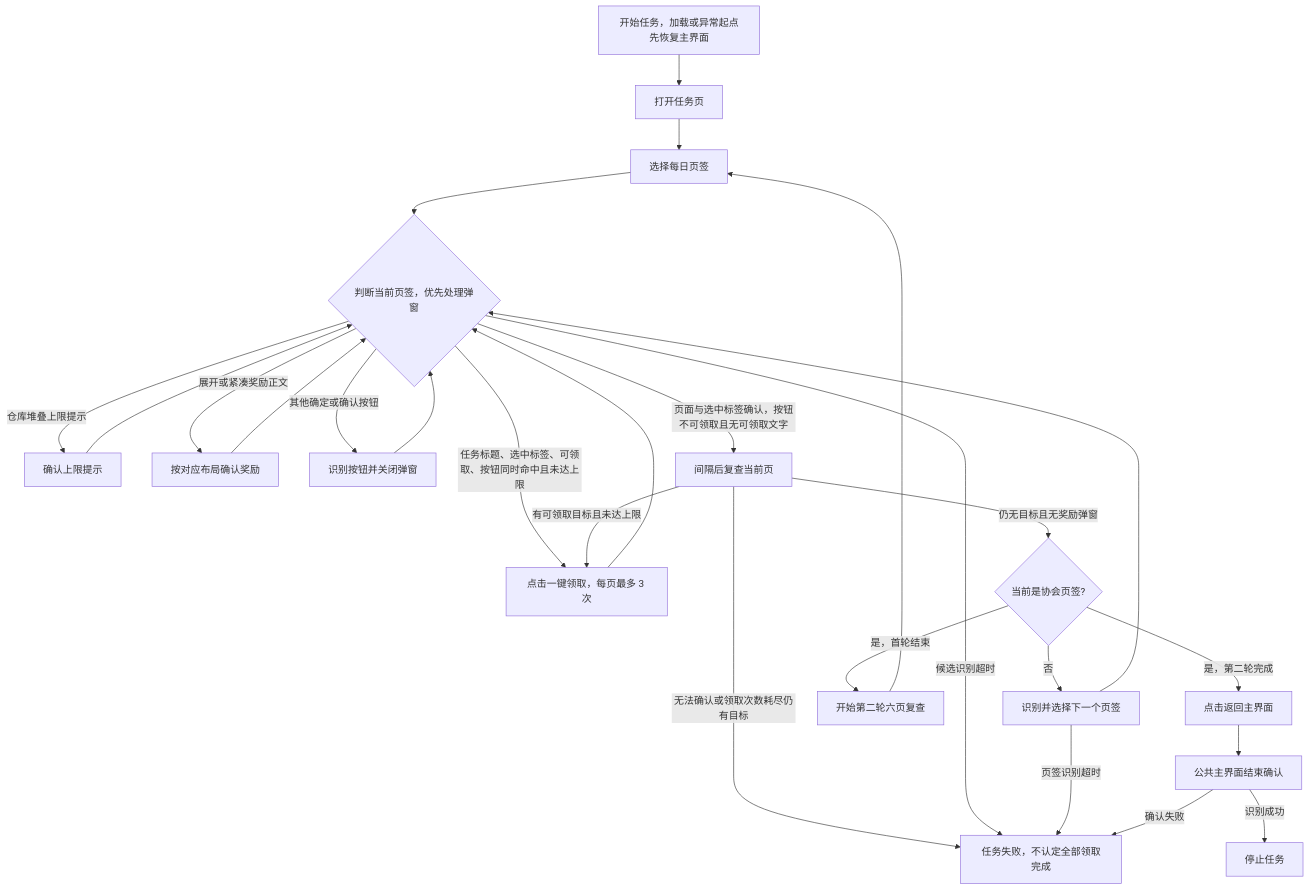
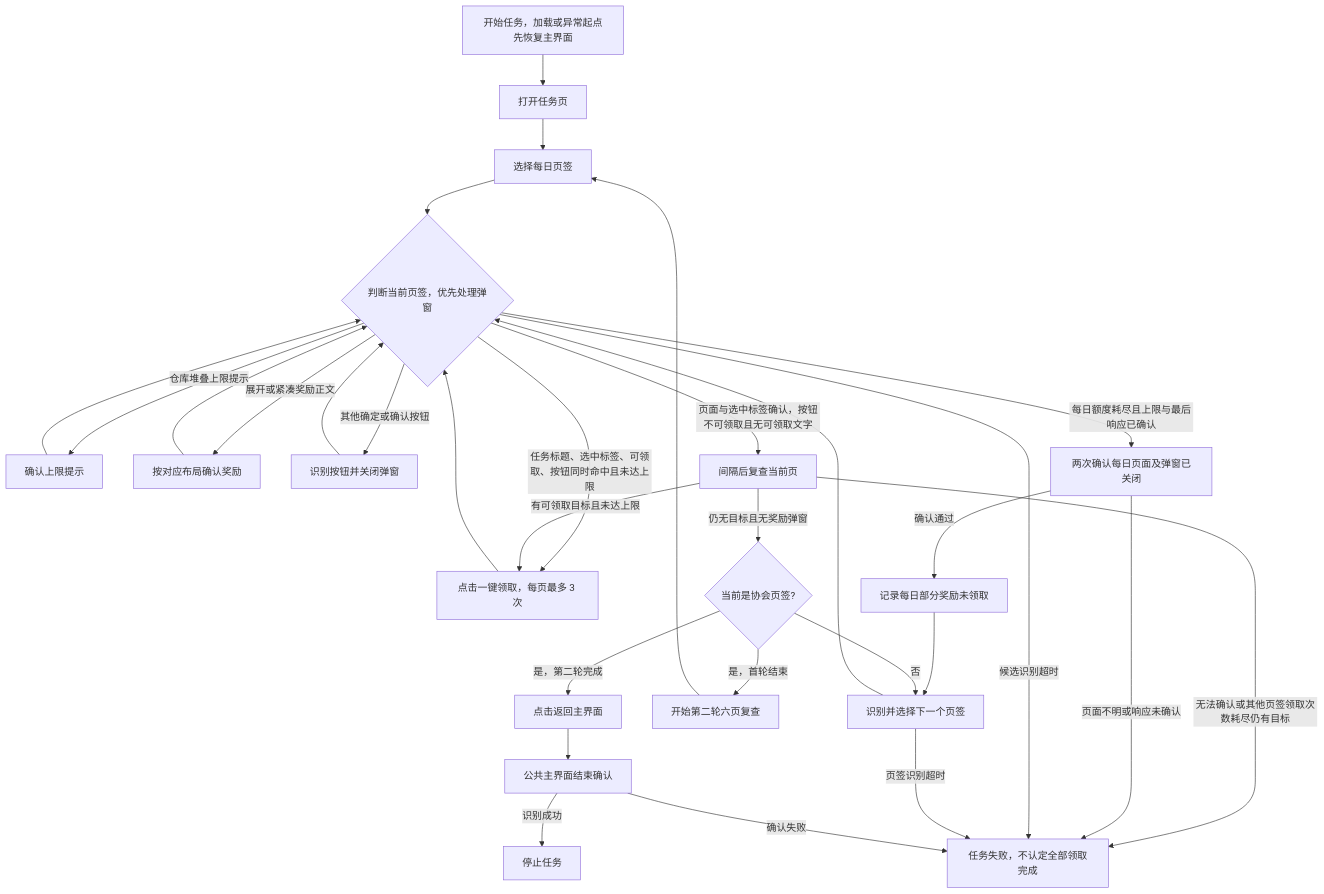
The diagram in docs/zh_cn/tasks/daily_task_rewards.md (cccrx1/TKFMaa), drawn with Mermaid before and after one commit. The commit also changed other lines of this file and 3 other files, not shown here.

````diff
--- a/docs/zh_cn/tasks/daily_task_rewards.md
+++ b/docs/zh_cn/tasks/daily_task_rewards.md
@@ -18,28 +19,32 @@
 ```mermaid
 flowchart TD
     Start[开始任务，加载或异常起点先恢复主界面] --> Open[打开任务页]
     Open --> Daily[选择每日页签]
     Daily --> Check{判断当前页签，优先处理弹窗}
     Check -->|仓库堆叠上限提示| Full[确认上限提示]
     Check -->|展开或紧凑奖励正文| Reward[按对应布局确认奖励]
     Check -->|其他确定或确认按钮| Fallback[识别按钮并关闭弹窗]
     Full --> Check
     Reward --> Check
     Fallback --> Check
     Check -->|任务标题、选中标签、可领取、按钮同时命中且未达上限| Claim[点击一键领取，每页最多 3 次]
     Claim --> Check
     Check -->|页面与选中标签确认，按钮不可领取且无可领取文字| Verify[间隔后复查当前页]
     Verify -->|仍无目标且无奖励弹窗| Last{当前是协会页签?}
     Verify -->|有可领取目标且未达上限| Claim
-    Verify -->|无法确认或领取次数耗尽仍有目标| Fail
+    Verify -->|无法确认或其他页签领取次数耗尽仍有目标| Fail
+    Check -->|每日额度耗尽且上限与最后响应已确认| SkipCheck[两次确认每日页面及弹窗已关闭]
+    SkipCheck -->|确认通过| Partial[记录每日部分奖励未领取]
+    Partial --> Next
+    SkipCheck -->|页面不明或响应未确认| Fail
     Last -->|否| Next[识别并选择下一个页签]
     Next --> Check
     Last -->|是，首轮结束| Round[开始第二轮六页复查]
     Round --> Daily
     Last -->|是，第二轮完成| Back[点击返回主界面]
     Check -->|候选识别超时| Fail[任务失败，不认定全部领取完成]
     Next -->|页签识别超时| Fail
     Back --> Confirm[公共主界面结束确认]
     Confirm -->|识别成功| Done[停止任务]
     Confirm -->|确认失败| Fail
 ```
````
